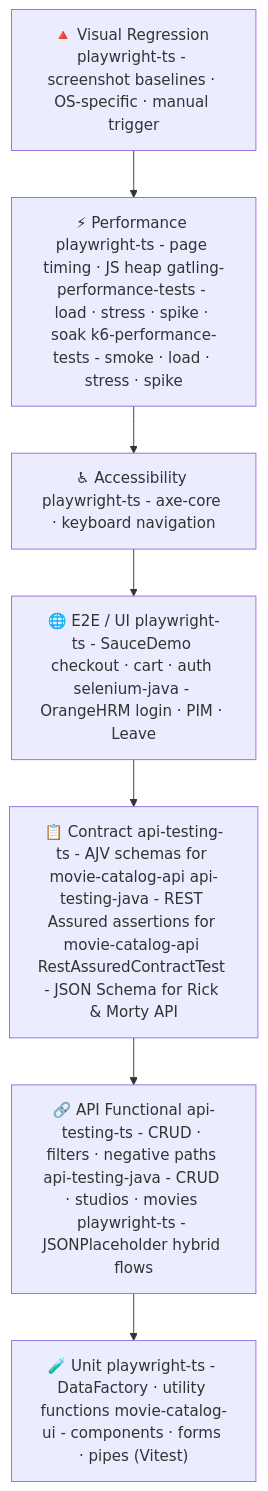
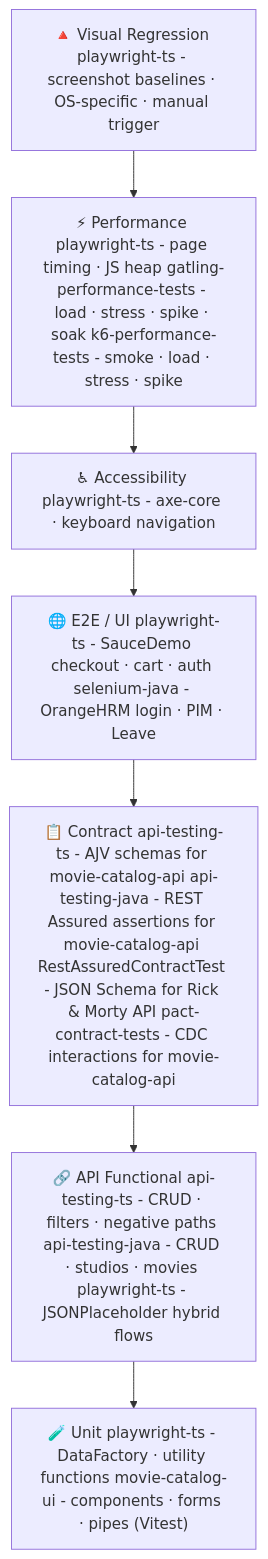
Before and after one commit to EnesAkyel/test-strategy: the diagram in README.md, drawn with Mermaid. The commit also changed other lines of this file and 3 other files, not shown here.

Commit message:
add pact contract tests project

````diff
--- a/README.md
+++ b/README.md
@@ -34,12 +35,12 @@
 ```mermaid
 flowchart TD
     V["🔺 Visual Regression playwright-ts - screenshot baselines · OS-specific · manual trigger"]
     P["⚡ Performance playwright-ts - page timing · JS heap gatling-performance-tests - load · stress · spike · soak k6-performance-tests - smoke · load · stress · spike"]
     A["♿ Accessibility playwright-ts - axe-core · keyboard navigation"]
     E["🌐 E2E / UI playwright-ts - SauceDemo checkout · cart · auth selenium-java - OrangeHRM login · PIM · Leave"]
-    C["📋 Contract api-testing-ts - AJV schemas for movie-catalog-api api-testing-java - REST Assured assertions for movie-catalog-api RestAssuredContractTest - JSON Schema for Rick & Morty API"]
+    C["📋 Contract api-testing-ts - AJV schemas for movie-catalog-api api-testing-java - REST Assured assertions for movie-catalog-api RestAssuredContractTest - JSON Schema for Rick & Morty API pact-contract-tests - CDC interactions for movie-catalog-api"]
     F["🔗 API Functional api-testing-ts - CRUD · filters · negative paths api-testing-java - CRUD · studios · movies playwright-ts - JSONPlaceholder hybrid flows"]
     U["🧪 Unit playwright-ts - DataFactory · utility functions movie-catalog-ui - components · forms · pipes (Vitest)"]
 
     V --> P --> A --> E --> C --> F --> U
 ```
````
